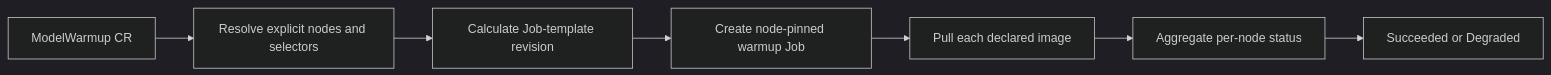
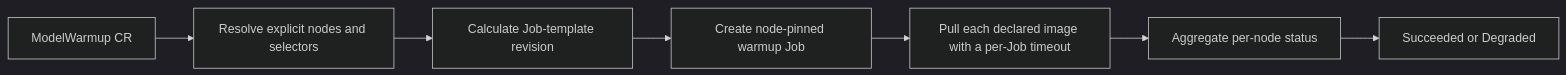
One commit to vllm-project/aibrix changed the diagram in docs/source/features/model-warmup.rst. Above: the diagram before and after it, drawn with Mermaid (dark theme). The commit also changed other lines of this file and 22 other files, not shown here.

```diff
--- a/docs/source/features/model-warmup.rst
+++ b/docs/source/features/model-warmup.rst
@@ -15,9 +15,9 @@
 .. mermaid::
 
    flowchart LR
       CR[ModelWarmup CR] --> T[Resolve explicit nodes and selectors]
       T --> R[Calculate Job-template revision]
       R --> J[Create node-pinned warmup Job]
-      J --> P[Pull each declared image]
+      J --> P[Pull each declared image with a per-Job timeout]
       P --> S[Aggregate per-node status]
       S --> OK[Succeeded or Degraded]
```
